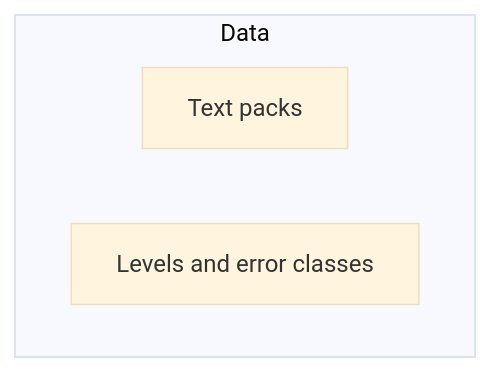
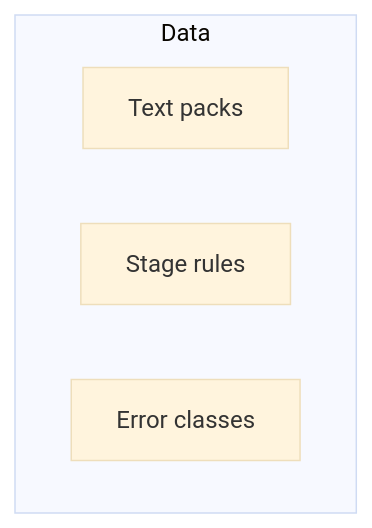
Before and after one commit to mrsimpson/textcheck: the sixth of 6 diagrams in docs/arc42/05-building-blocks.arc42.md, drawn with Mermaid (base theme). The commit also changed other lines of this file and 202 other files, not shown here.

````diff
--- a/docs/arc42/05-building-blocks.arc42.md
+++ b/docs/arc42/05-building-blocks.arc42.md
@@ -1294,7 +1459,8 @@
 ```mermaid
 flowchart TB
     subgraph bb-interactive-data["Data"]
         bb-textcheck-packs["Text packs"]
-        bb-textcheck-tables["Levels and error classes"]
+        bb-textcheck-stage-rules["Stage rules"]
+        bb-textcheck-error-classes["Error classes"]
     end
 ```
````
